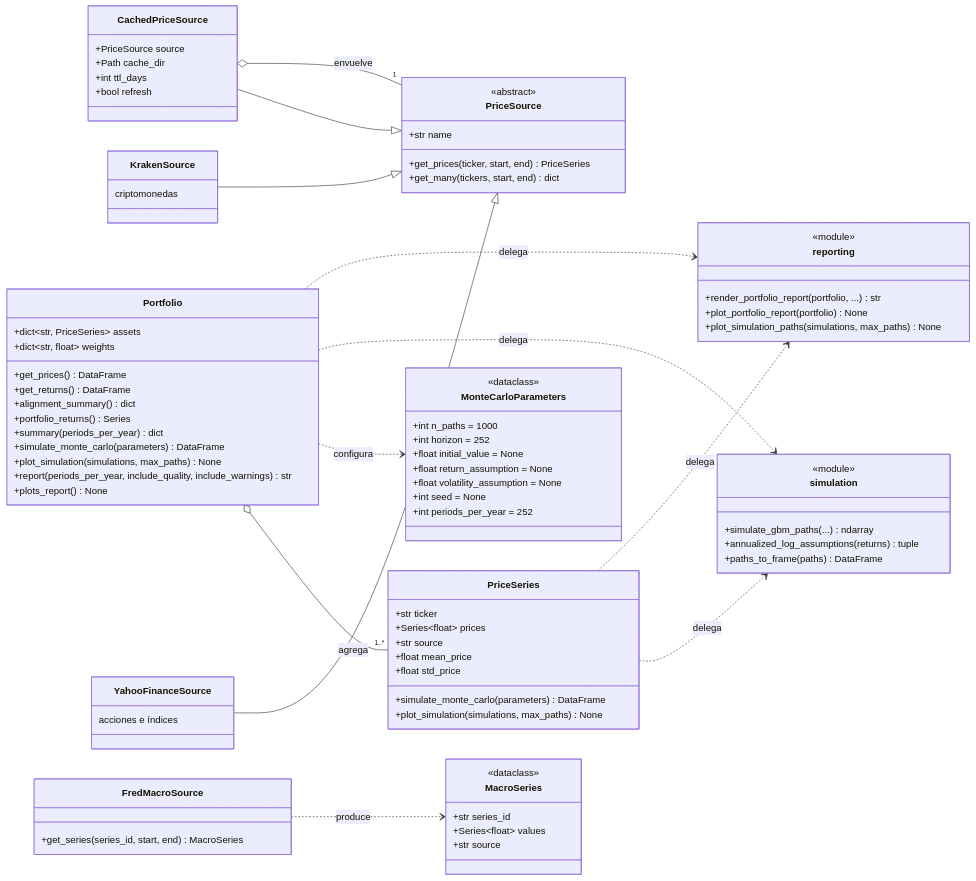
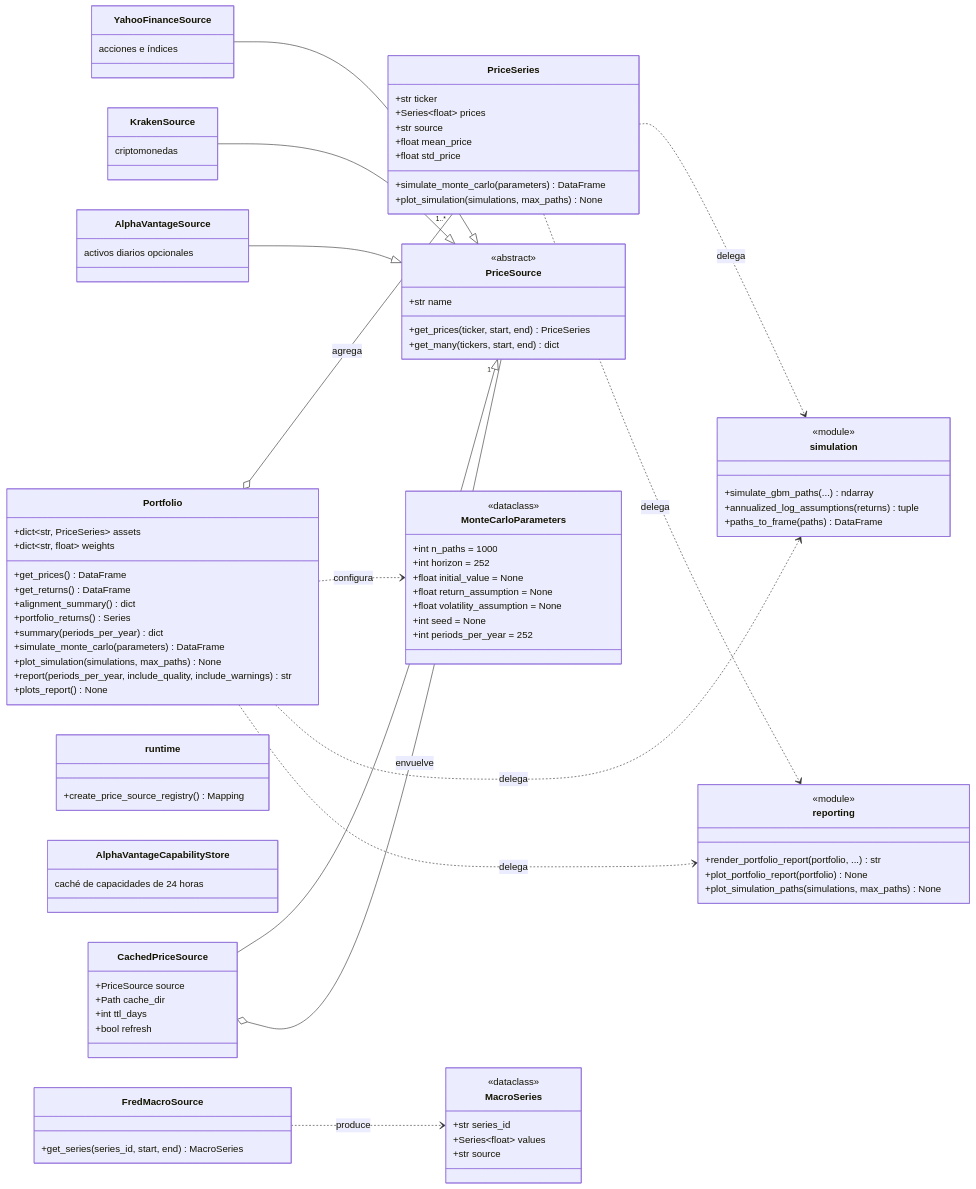
Before and after one commit to alejandroperezpujante/quantfolio: the first of 2 diagrams in docs/architecture.md, drawn with Mermaid. The commit also changed other lines of this file and 2 other files, not shown here.

Commit message:
docs: document optional Alpha Vantage provider

```diff
--- a/docs/architecture.md
+++ b/docs/architecture.md
@@ -61,6 +61,18 @@
         criptomonedas
     }
 
+    class AlphaVantageSource {
+        activos diarios opcionales
+    }
+
+    class runtime {
+        +create_price_source_registry() Mapping
+    }
+
+    class AlphaVantageCapabilityStore {
+        caché de capacidades de 24 horas
+    }
+
     class CachedPriceSource {
         +PriceSource source
         +Path cache_dir
@@ -101,6 +113,7 @@
     PriceSeries ..> reporting : delega
     YahooFinanceSource --|> PriceSource
     KrakenSource --|> PriceSource
+    AlphaVantageSource --|> PriceSource
     CachedPriceSource --|> PriceSource
     CachedPriceSource o-- "1" PriceSource : envuelve
     FredMacroSource ..> MacroSeries : produce
```
